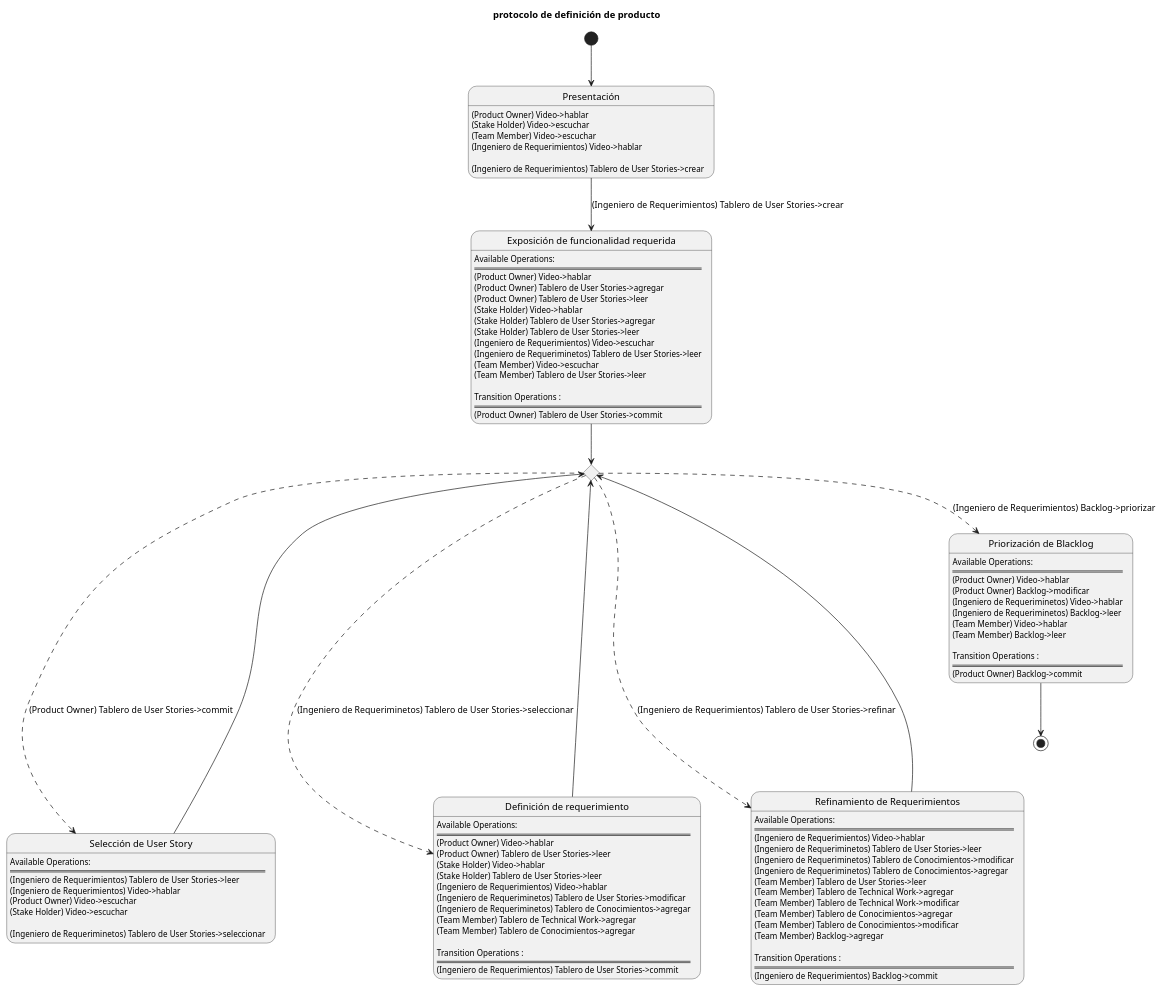
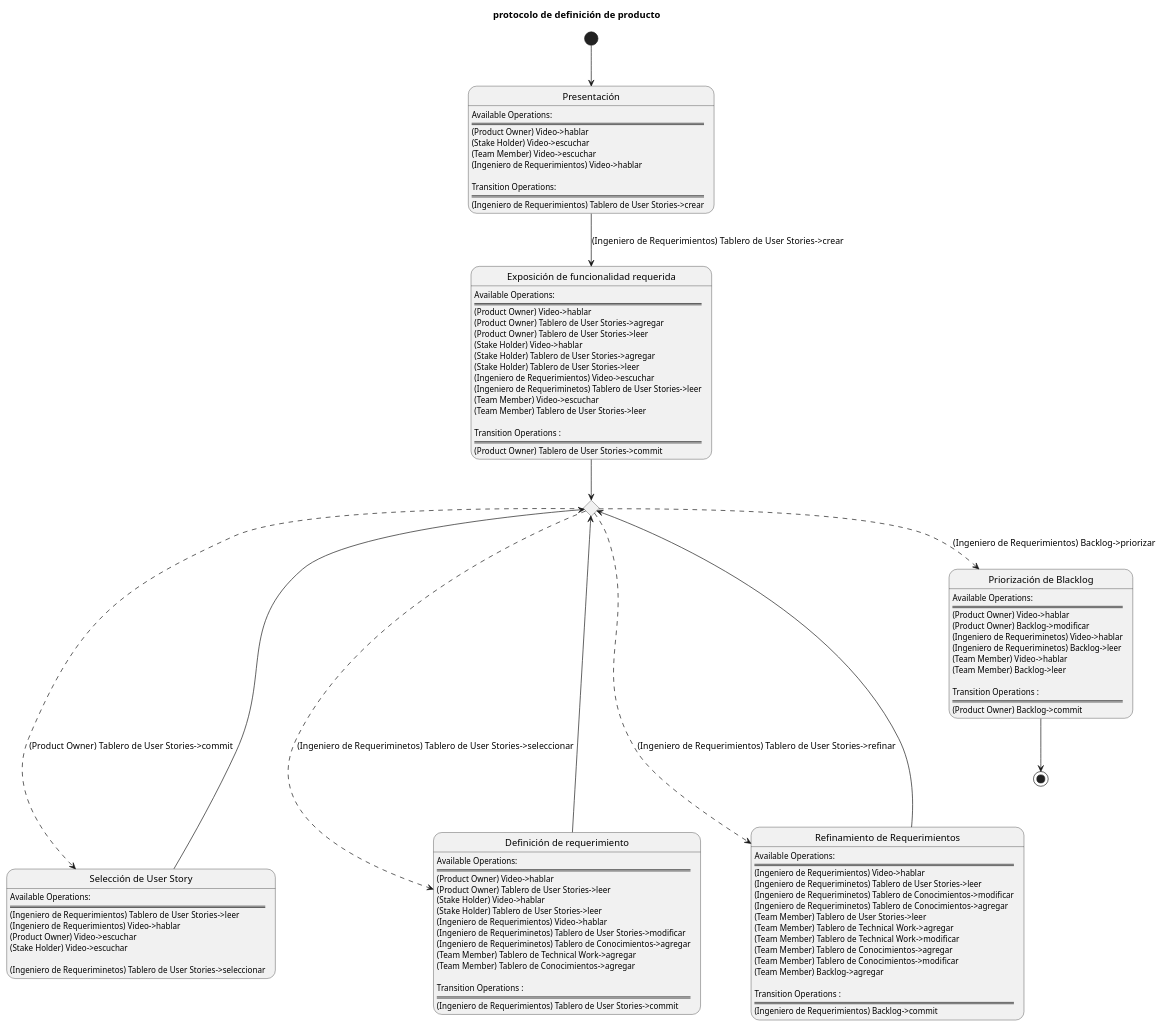
One commit to pablodanielrey/colaborativos changed the second of 6 diagrams in entrega1/actividades/product/product.plantuml. Above: the diagram before and after it, drawn with PlantUML.

Commit message:
faltaba los encabezados de las operaciones

```diff
--- a/entrega1/actividades/product/product.plantuml
+++ b/entrega1/actividades/product/product.plantuml
@@ -42,108 +42,112 @@
 @startuml
 title protocolo de definición de producto
 
 state "Presentación" as presentation
+presentation: Available Operations:
+presentation: ==================================================
 presentation: (Product Owner) Video->hablar
 presentation: (Stake Holder) Video->escuchar
 presentation: (Team Member) Video->escuchar
 presentation: (Ingeniero de Requerimientos) Video->hablar
 presentation: 
+presentation: Transition Operations:
+presentation: ==================================================
 presentation: (Ingeniero de Requerimientos) Tablero de User Stories->crear
 
 state "Exposición de funcionalidad requerida" as efr
 efr: Available Operations:
 efr: ==================================================
 efr: (Product Owner) Video->hablar
 efr: (Product Owner) Tablero de User Stories->agregar
 efr: (Product Owner) Tablero de User Stories->leer
 efr: (Stake Holder) Video->hablar
 efr: (Stake Holder) Tablero de User Stories->agregar
 efr: (Stake Holder) Tablero de User Stories->leer
 efr: (Ingeniero de Requerimientos) Video->escuchar
 efr: (Ingeniero de Requeriminetos) Tablero de User Stories->leer
 efr: (Team Member) Video->escuchar
 efr: (Team Member) Tablero de User Stories->leer
 efr:
 efr: Transition Operations :
 efr: ==================================================
 efr: (Product Owner) Tablero de User Stories->commit
 
 state "Selección de User Story" as sus
 sus: Available Operations:
 sus: ==================================================
 sus: (Ingeniero de Requerimientos)  Tablero de User Stories->leer
 sus: (Ingeniero de Requerimientos) Video->hablar
 sus: (Product Owner) Video->escuchar
 sus: (Stake Holder) Video->escuchar
 sus:
 sus: (Ingeniero de Requeriminetos) Tablero de User Stories->seleccionar
 
 state "Definición de requerimiento" as dr
 dr: Available Operations:
 dr: ==================================================
 dr: (Product Owner) Video->hablar
 dr: (Product Owner) Tablero de User Stories->leer
 dr: (Stake Holder) Video->hablar
 dr: (Stake Holder) Tablero de User Stories->leer
 dr: (Ingeniero de Requerimientos) Video->hablar
 dr: (Ingeniero de Requeriminetos) Tablero de User Stories->modificar
 dr: (Ingeniero de Requeriminetos) Tablero de Conocimientos->agregar
 dr: (Team Member) Tablero de Technical Work->agregar
 dr: (Team Member) Tablero de Conocimientos->agregar
 dr:
 dr: Transition Operations :
 dr: ================================================== 
 dr: (Ingeniero de Requerimientos) Tablero de User Stories->commit
 
 
 state "Refinamiento de Requerimientos" as rr
 rr: Available Operations:
 rr: ==================================================
 rr: (Ingeniero de Requerimientos) Video->hablar
 rr: (Ingeniero de Requeriminetos) Tablero de User Stories->leer
 rr: (Ingeniero de Requeriminetos) Tablero de Conocimientos->modificar
 rr: (Ingeniero de Requeriminetos) Tablero de Conocimientos->agregar
 rr: (Team Member) Tablero de User Stories->leer
 rr: (Team Member) Tablero de Technical Work->agregar
 rr: (Team Member) Tablero de Technical Work->modificar
 rr: (Team Member) Tablero de Conocimientos->agregar
 rr: (Team Member) Tablero de Conocimientos->modificar
 rr: (Team Member) Backlog->agregar
 rr:
 rr: Transition Operations :
 rr: ==================================================
 rr: (Ingeniero de Requerimientos) Backlog->commit
 
 
 state "Priorización de Blacklog" as fb
 fb: Available Operations:
 fb: ==================================================
 fb: (Product Owner) Video->hablar
 fb: (Product Owner) Backlog->modificar
 fb: (Ingeniero de Requeriminetos) Video->hablar
 fb: (Ingeniero de Requeriminetos) Backlog->leer
 fb: (Team Member) Video->hablar
 fb: (Team Member) Backlog->leer
 fb:
 fb: Transition Operations :
 fb: ==================================================
 fb: (Product Owner) Backlog->commit
 
 state c1 <<choice>>
 
 [*] --> presentation
 presentation --> efr  : (Ingeniero de Requerimientos) Tablero de User Stories->crear
 efr --> c1
 c1 --[dashed]--> sus : (Product Owner) Tablero de User Stories->commit
 sus --> c1
 c1 --[dashed]--> dr : (Ingeniero de Requeriminetos) Tablero de User Stories->seleccionar
 dr --> c1
 
 c1 --[dashed]--> rr : (Ingeniero de Requerimientos) Tablero de User Stories->refinar
 rr --> c1
 
 c1 -[dashed]-> fb : (Ingeniero de Requerimientos) Backlog->priorizar
 
 fb --> [*]
 
 @enduml
```
